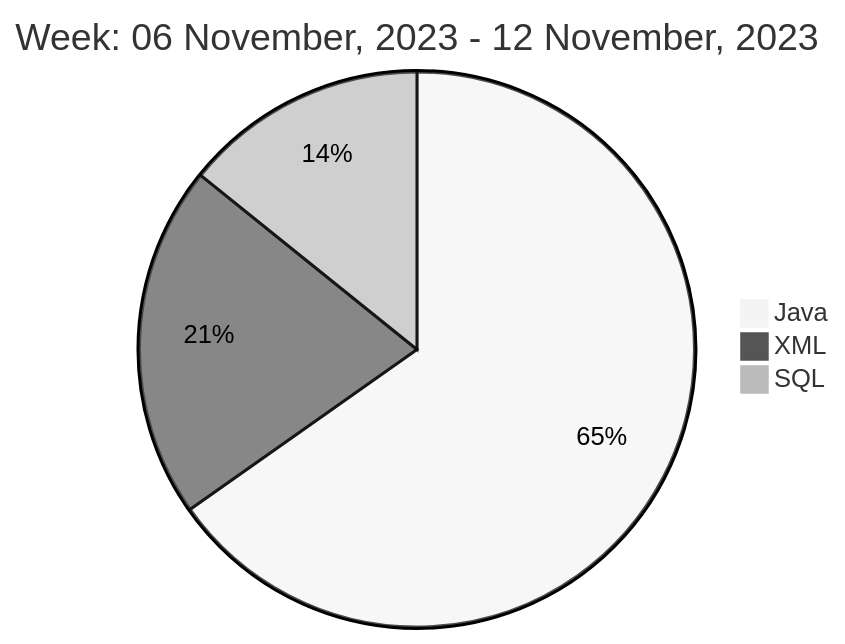
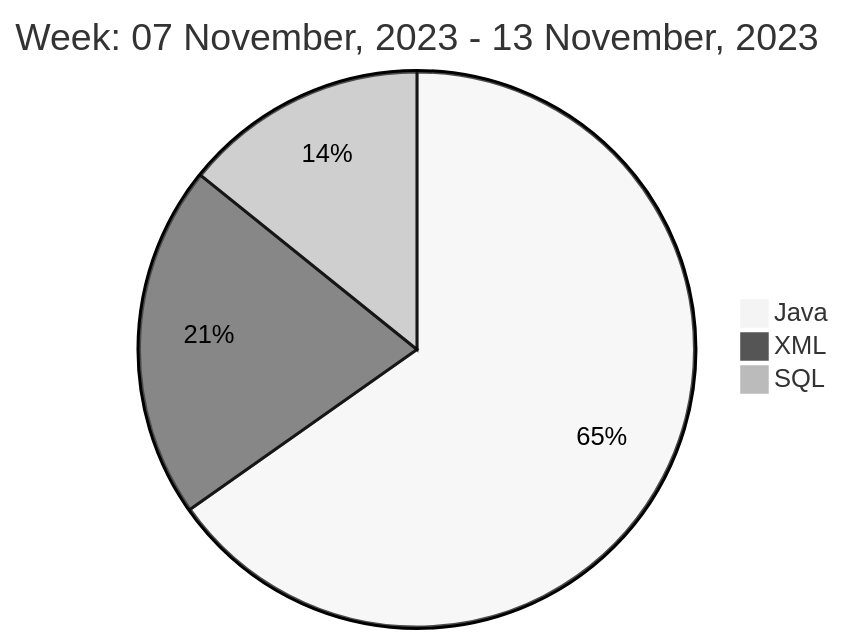
One commit to liubin95/liubin95 changed the diagram in README.md. Above: the diagram before and after it, drawn with Mermaid (neutral theme).

Commit message:
Updated the Graph with new Metrics

````diff
--- a/README.md
+++ b/README.md
@@ -40,7 +40,7 @@
 ```mermaid
  pie
-title Week: 06 November, 2023 - 12 November, 2023
+title Week: 07 November, 2023 - 13 November, 2023
  "Java" : 8.63
  "XML" : 2.72
  "SQL" : 1.88
 ```
````
